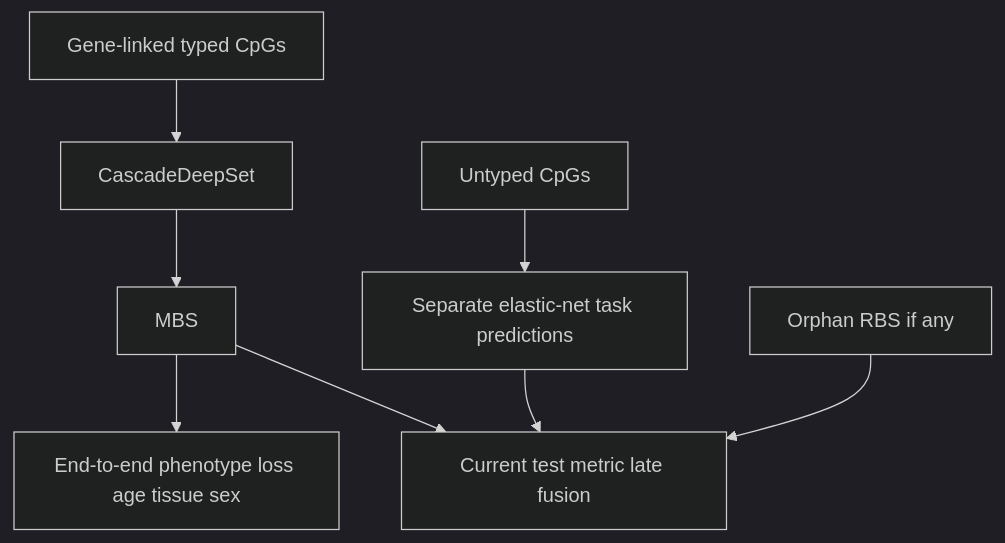
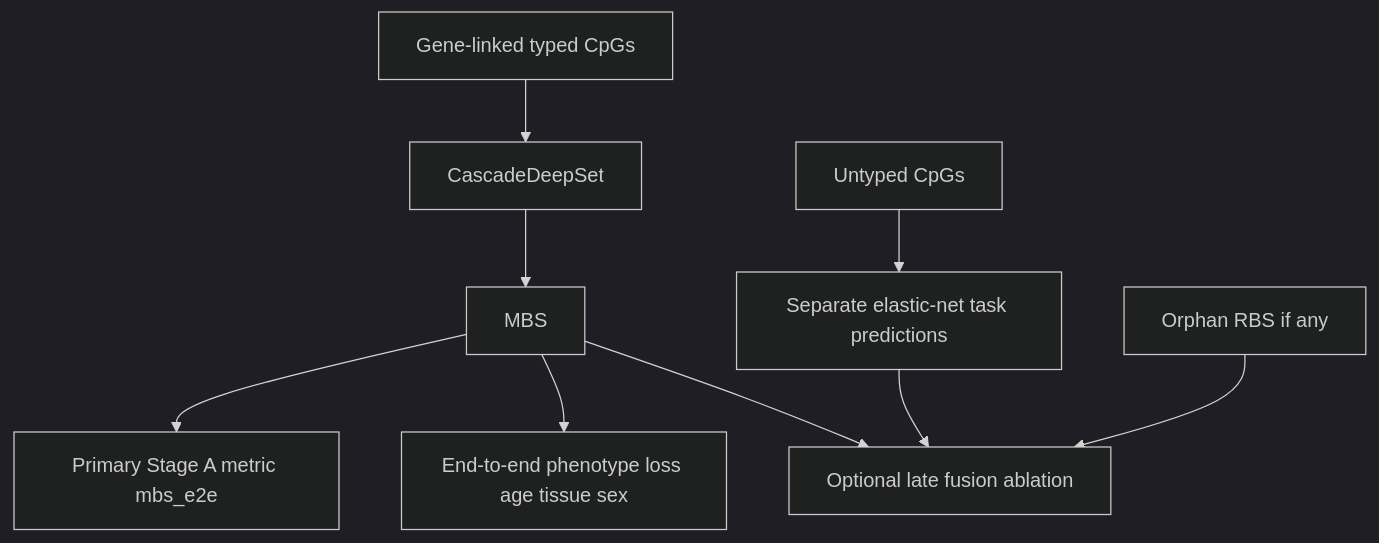
One commit to mityasmirnov/methyl-burden-score changed the second of 4 diagrams in docs/ARCHITECTURE.md. Above: the diagram before and after it, drawn with Mermaid (dark theme). The commit also changed other lines of this file and 19 other files, not shown here.

````diff
--- a/docs/ARCHITECTURE.md
+++ b/docs/ARCHITECTURE.md
@@ -54,10 +143,11 @@
 ```mermaid
 flowchart TB
   A["Gene-linked typed CpGs"] --> B["CascadeDeepSet"]
   B --> C["MBS"]
   C --> D["End-to-end phenotype loss age tissue sex"]
   E["Untyped CpGs"] --> F["Separate elastic-net task predictions"]
-  C --> G["Current test metric late fusion"]
+  C --> G["Optional late fusion ablation"]
   F --> G
   H["Orphan RBS if any"] --> G
+  C --> I["Primary Stage A metric mbs_e2e"]
 ```
````
